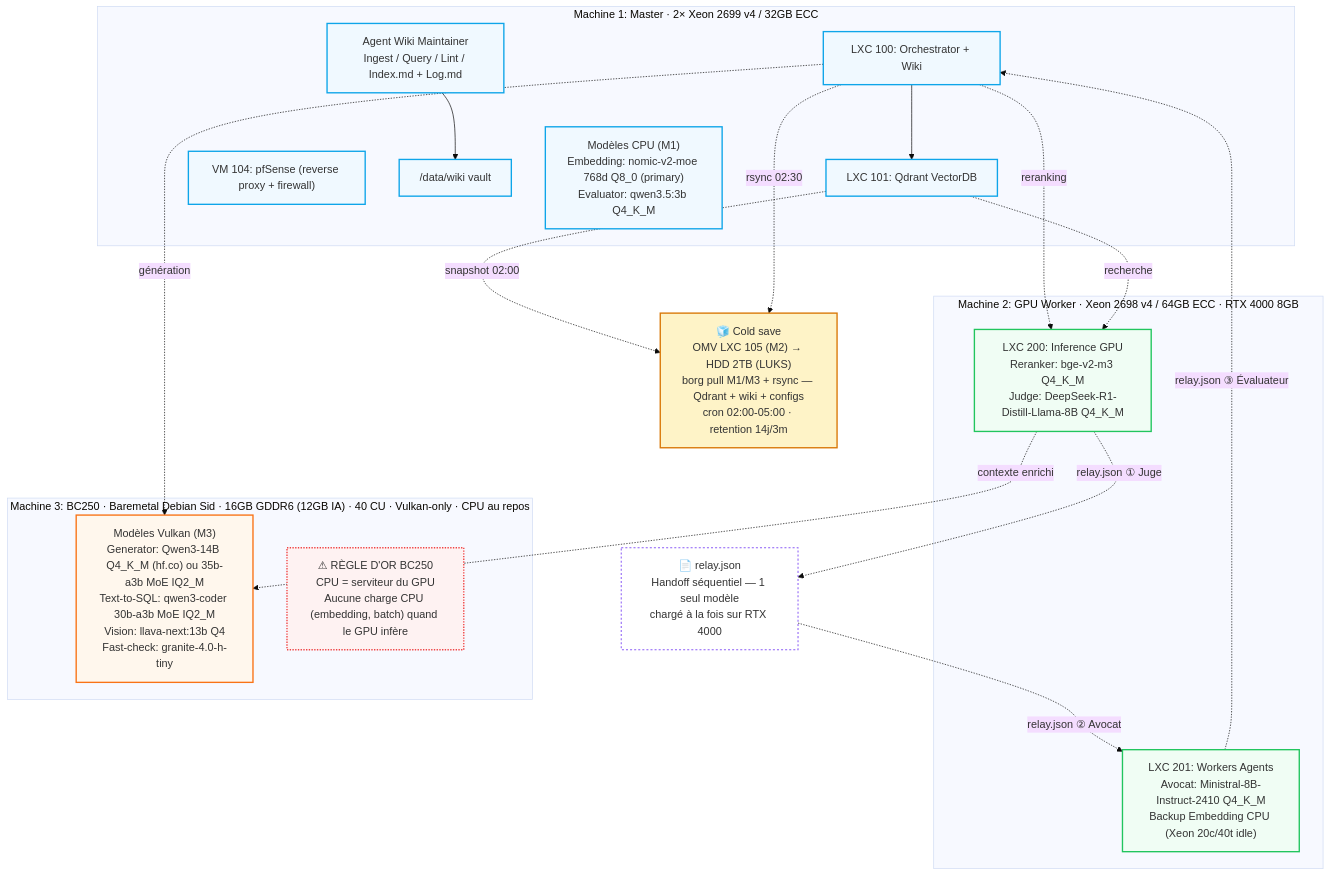
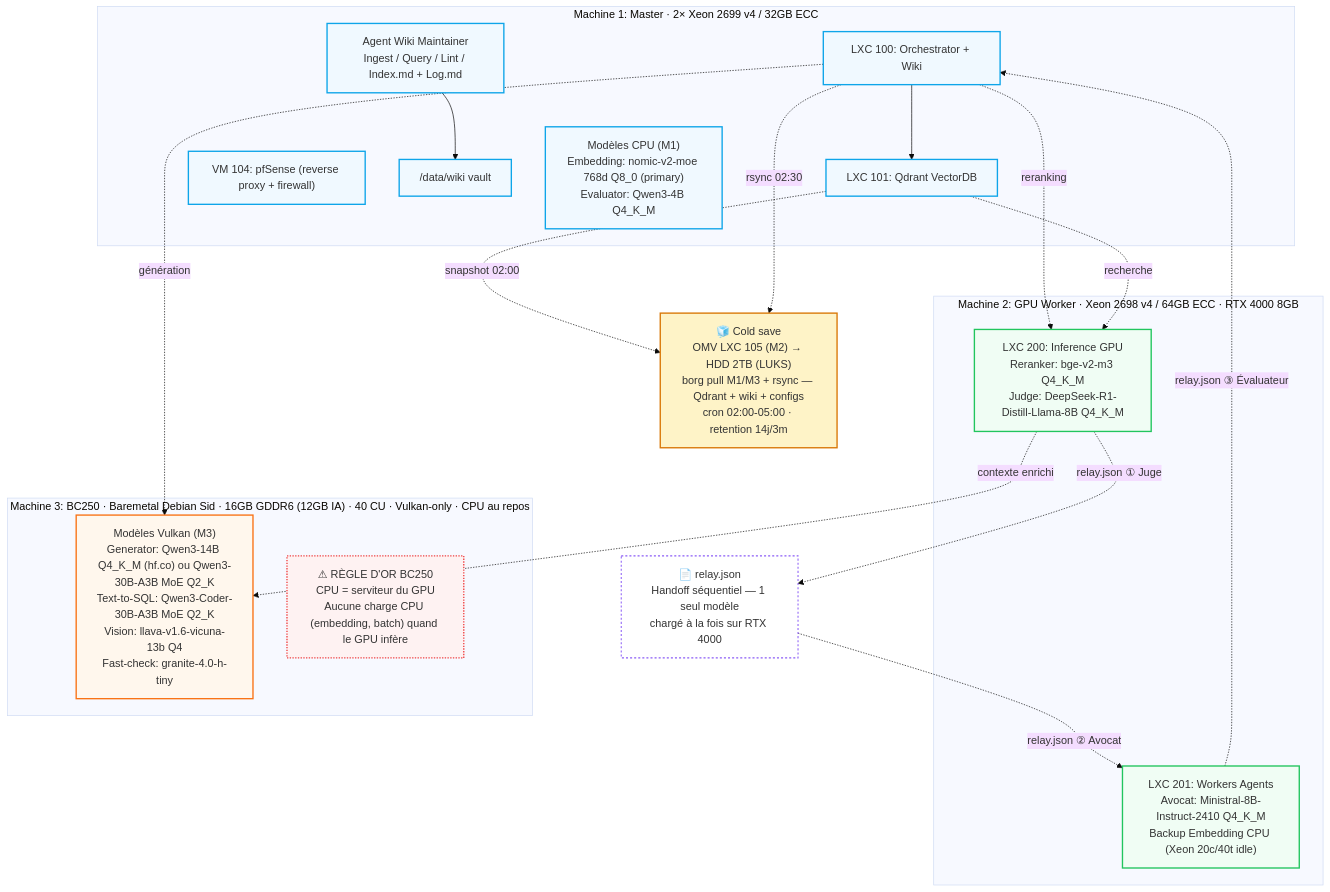
One commit to chelmooz/rag-multi-agent-cluster changed the second of 2 diagrams in docs/architecture.md. Above: the diagram before and after it, drawn with Mermaid (base theme). The commit also changed other lines of this file and 12 other files, not shown here.

Commit message:
C4.2: extension HF à tous les modèles — settings.py, .env, Mermaid, backlog, BRIEF §8, ROADMAP

````diff
--- a/docs/architecture.md
+++ b/docs/architecture.md
@@ -83,44 +83,44 @@
 ```mermaid
 flowchart TB
     classDef m1 fill:#f0f9ff,stroke:#0ea5e9,stroke-width:2px
     classDef m2 fill:#f0fdf4,stroke:#22c55e,stroke-width:2px
     classDef m3 fill:#fff7ed,stroke:#f97316,stroke-width:2px
     classDef warn fill:#fef2f2,stroke:#ef4444,stroke-width:2px,stroke-dasharray: 2 2
     classDef cold fill:#fef3c7,stroke:#d97706,stroke-width:2px
     classDef op fill:#ffffff,stroke:#8b5cf6,stroke-width:1.5px,stroke-dasharray: 3 3
 
     subgraph Machine1["Machine 1: Master · 2× Xeon 2699 v4 / 32GB ECC"]
         M1_100["LXC 100: Orchestrator + Wiki"]:::m1
         M1_101["LXC 101: Qdrant VectorDB"]:::m1
         M1_104["VM 104: pfSense (reverse proxy + firewall)"]:::m1
         M1_vault["/data/wiki vault"]:::m1
-        M1_models["Modèles CPU (M1)<br/>Embedding: nomic-v2-moe 768d Q8_0 (primary)<br/>Evaluator: qwen3.5:3b Q4_K_M"]:::m1
+        M1_models["Modèles CPU (M1)<br/>Embedding: nomic-v2-moe 768d Q8_0 (primary)<br/>Evaluator: Qwen3-4B Q4_K_M"]:::m1
         M1_wiki["Agent Wiki Maintainer<br/>Ingest / Query / Lint / Index.md + Log.md"]:::m1
     end
 
     subgraph Machine2["Machine 2: GPU Worker · Xeon 2698 v4 / 64GB ECC · RTX 4000 8GB"]
         M2_200["LXC 200: Inference GPU<br/>Reranker: bge-v2-m3 Q4_K_M<br/>Judge: DeepSeek-R1-Distill-Llama-8B Q4_K_M"]:::m2
         M2_201["LXC 201: Workers Agents<br/>Avocat: Ministral-8B-Instruct-2410 Q4_K_M<br/>Backup Embedding CPU (Xeon 20c/40t idle)"]:::m2
     end
 
     subgraph Machine3["Machine 3: BC250 · Baremetal Debian Sid · 16GB GDDR6 (12GB IA) · 40 CU · Vulkan-only · CPU au repos"]
-        M3_models["Modèles Vulkan (M3)<br/>Generator: Qwen3-14B Q4_K_M (hf.co) ou 35b-a3b MoE IQ2_M<br/>Text-to-SQL: qwen3-coder 30b-a3b MoE IQ2_M<br/>Vision: llava-next:13b Q4<br/>Fast-check: granite-4.0-h-tiny"]:::m3
+        M3_models["Modèles Vulkan (M3)<br/>Generator: Qwen3-14B Q4_K_M (hf.co) ou Qwen3-30B-A3B MoE Q2_K<br/>Text-to-SQL: Qwen3-Coder-30B-A3B MoE Q2_K<br/>Vision: llava-v1.6-vicuna-13b Q4<br/>Fast-check: granite-4.0-h-tiny"]:::m3
         M3_warn["⚠ RÈGLE D'OR BC250<br/>CPU = serviteur du GPU<br/>Aucune charge CPU (embedding, batch) quand le GPU infère"]:::warn
     end
 
     Relay["📄 relay.json<br/>Handoff séquentiel — 1 seul modèle<br/>chargé à la fois sur RTX 4000"]:::op
 
     Cold["🧊 Cold save<br/>OMV LXC 105 (M2) → HDD 2TB (LUKS)<br/>borg pull M1/M3 + rsync — Qdrant + wiki + configs<br/>cron 02:00-05:00 · retention 14j/3m"]:::cold
 
     M1_100 --> M1_101
     M1_wiki --> M1_vault
     M1_100 -.->|reranking| M2_200
     M1_101 -.->|recherche| M2_200
     M2_200 -.->|relay.json ① Juge| Relay
     Relay -.->|relay.json ② Avocat| M2_201
     M2_201 -.->|relay.json ③ Évaluateur| M1_100
     M1_100 -.->|génération| M3_models
     M2_200 -.->|contexte enrichi| M3_models
     M1_101 -.->|snapshot 02:00| Cold
     M1_100 -.->|rsync 02:30| Cold
 ```
````
